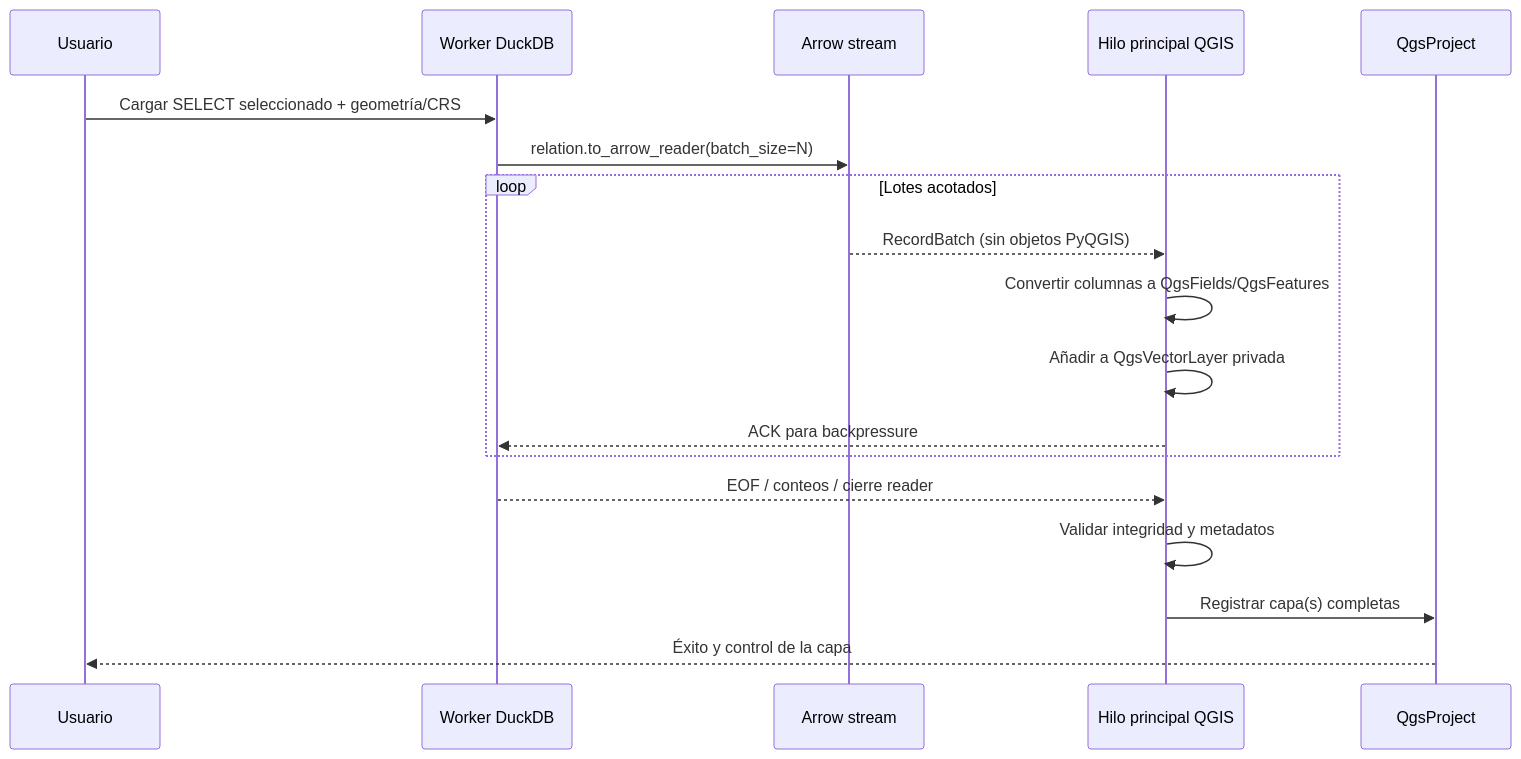
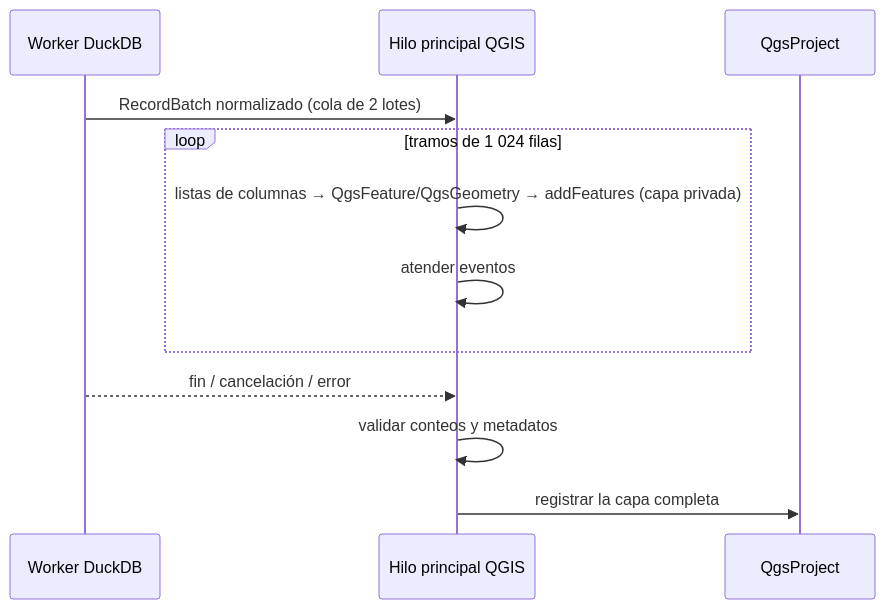
The second of 2 diagrams in spec/GEODUCK_SPEC_MAESTRA.md (eribertocz/geoduck), drawn with Mermaid before and after one commit. The commit also changed other lines of this file and 16 other files, not shown here.

````diff
--- a/spec/GEODUCK_SPEC_MAESTRA.md
+++ b/spec/GEODUCK_SPEC_MAESTRA.md
@@ -586,20 +627,14 @@
 ```mermaid
 sequenceDiagram
-  participant U as Usuario
   participant W as Worker DuckDB
-  participant A as Arrow stream
   participant M as Hilo principal QGIS
   participant Q as QgsProject
-  U->>W: Cargar SELECT seleccionado + geometría/CRS
-  W->>A: relation.to_arrow_reader(batch_size=N)
-  loop Lotes acotados
-    A-->>M: RecordBatch (sin objetos PyQGIS)
-    M->>M: Convertir columnas a QgsFields/QgsFeatures
-    M->>M: Añadir a QgsVectorLayer privada
-    M-->>W: ACK para backpressure
+  W->>M: RecordBatch normalizado (cola de 2 lotes)
+  loop tramos de 1 024 filas
+    M->>M: listas de columnas → QgsFeature/QgsGeometry → addFeatures (capa privada)
+    M->>M: atender eventos
   end
-  W-->>M: EOF / conteos / cierre reader
-  M->>M: Validar integridad y metadatos
-  M->>Q: Registrar capa(s) completas
-  Q-->>U: Éxito y control de la capa
+  W-->>M: fin / cancelación / error
+  M->>M: validar conteos y metadatos
+  M->>Q: registrar la capa completa
 ```
````
